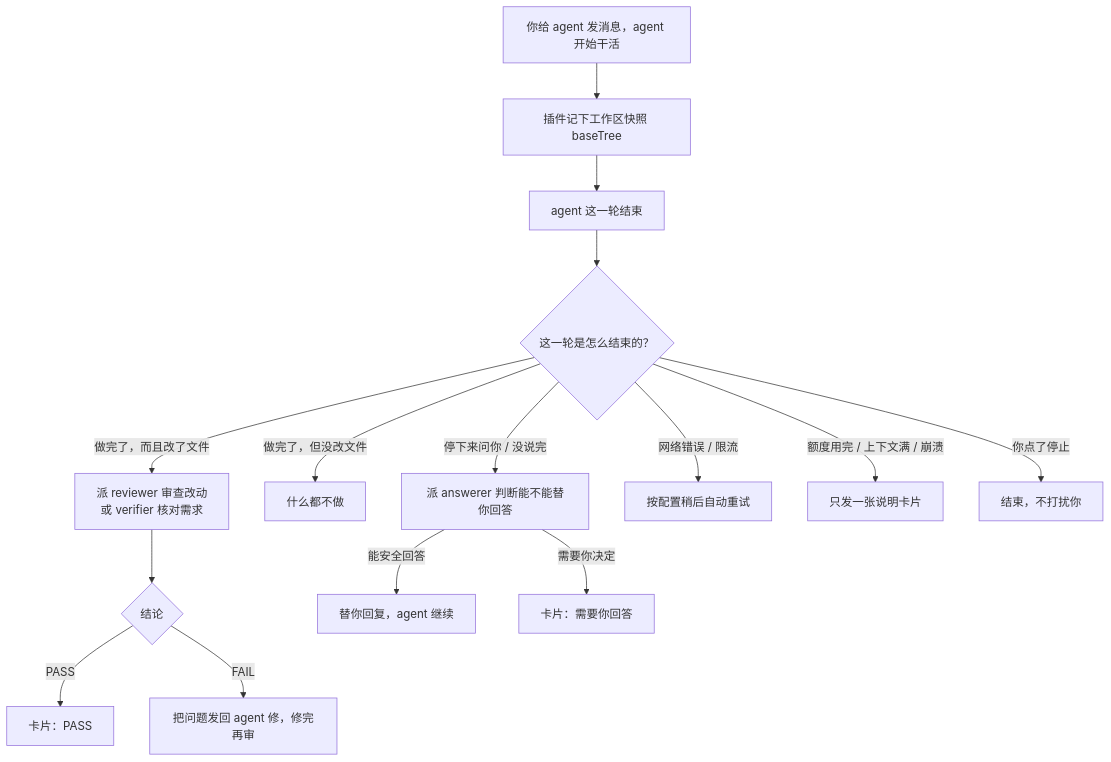
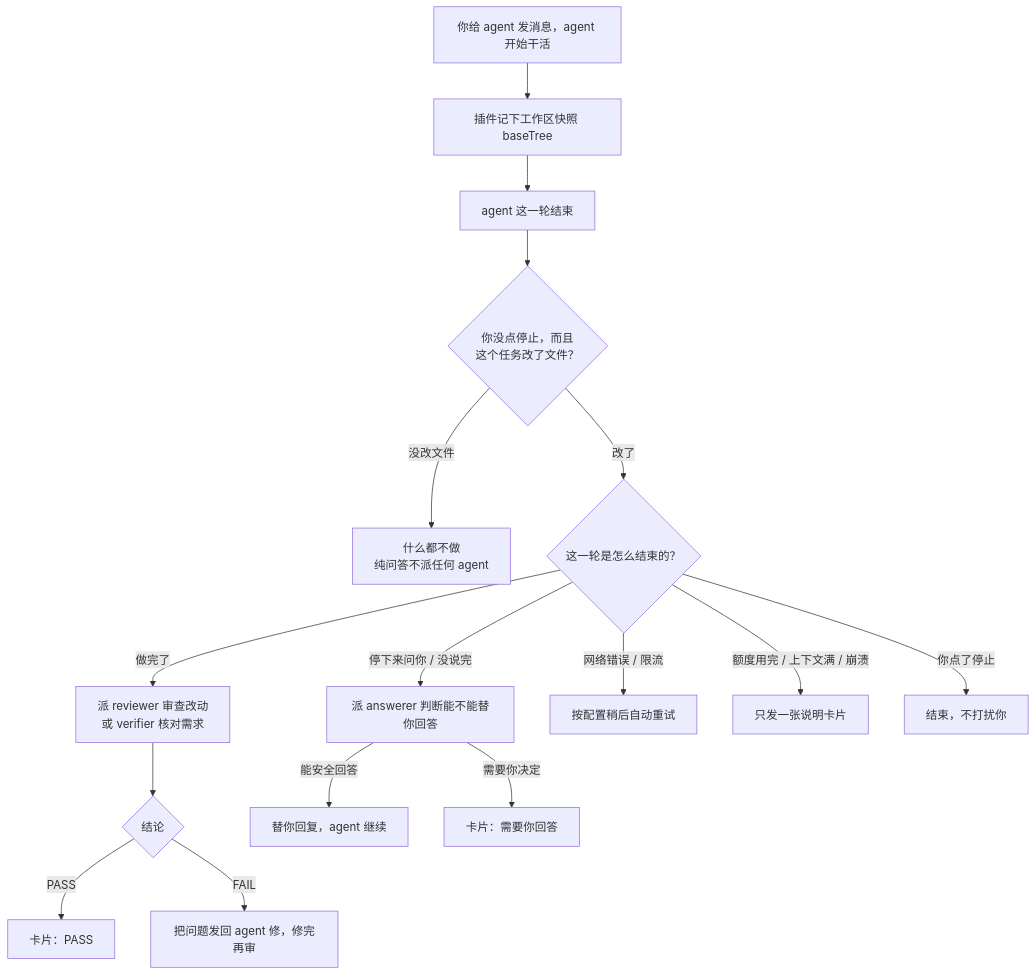
Before and after one commit to XUJiahua/paseo-post-turn-gate-plugin: the first of 12 diagrams in docs/workflow.md, drawn with Mermaid. The commit also changed other lines of this file and 1 other file, not shown here.

Commit message:
docs: gate only tasks that changed the working tree

````diff
--- a/docs/workflow.md
+++ b/docs/workflow.md
@@ -20,17 +20,18 @@
 ```mermaid
 flowchart TD
   A[你给 agent 发消息，agent 开始干活] --> B[插件记下工作区快照 baseTree]
   B --> C[agent 这一轮结束]
-  C --> D{这一轮是怎么结束的？}
-  D -- 做完了，而且改了文件 --> R[派 reviewer 审查改动<br/>或 verifier 核对需求]
-  D -- 做完了，但没改文件 --> N[什么都不做]
+  C --> C1{"你没点停止，而且<br/>这个任务改了文件？"}
+  C1 -- 没改文件 --> N[什么都不做<br/>纯问答不派任何 agent]
+  C1 -- 改了 --> D{这一轮是怎么结束的？}
+  D -- 做完了 --> R[派 reviewer 审查改动<br/>或 verifier 核对需求]
   D -- 停下来问你 / 没说完 --> Q[派 answerer 判断能不能替你回答]
   D -- 网络错误 / 限流 --> T[按配置稍后自动重试]
   D -- 额度用完 / 上下文满 / 崩溃 --> X[只发一张说明卡片]
   D -- 你点了停止 --> S[结束，不打扰你]
   R --> V{结论}
   V -- PASS --> P[卡片：PASS]
   V -- FAIL --> F[把问题发回 agent 修，修完再审]
   Q -- 能安全回答 --> AQ[替你回复，agent 继续]
   Q -- 需要你决定 --> U[卡片：需要你回答]
 ```
````
